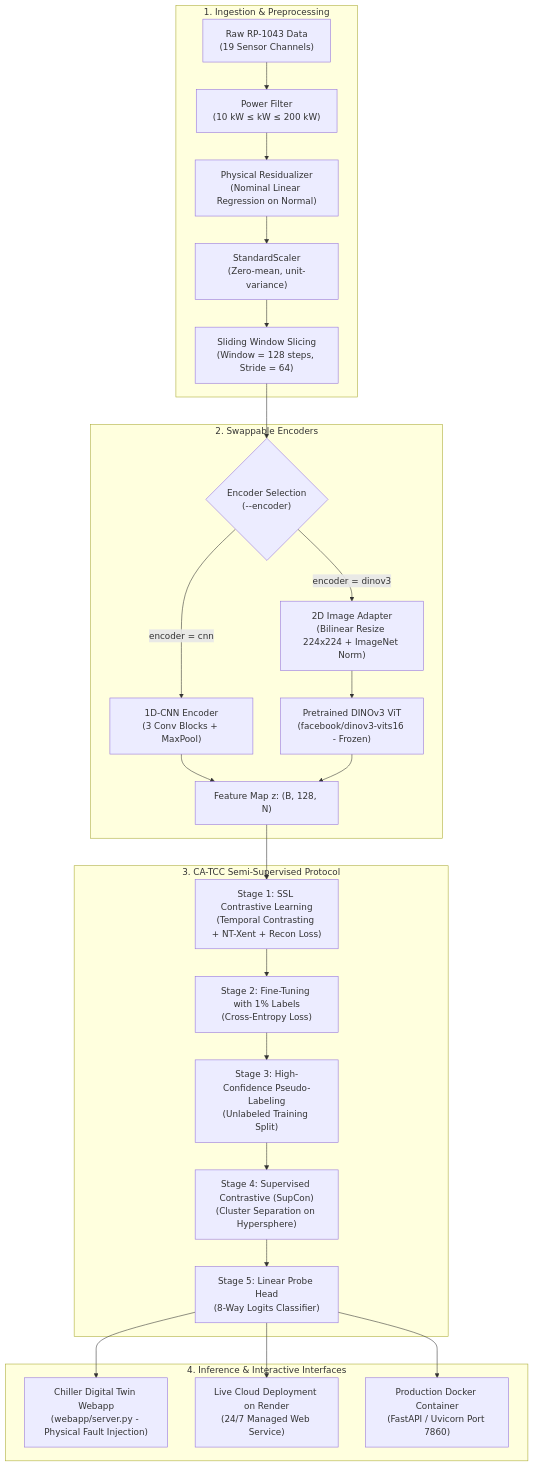
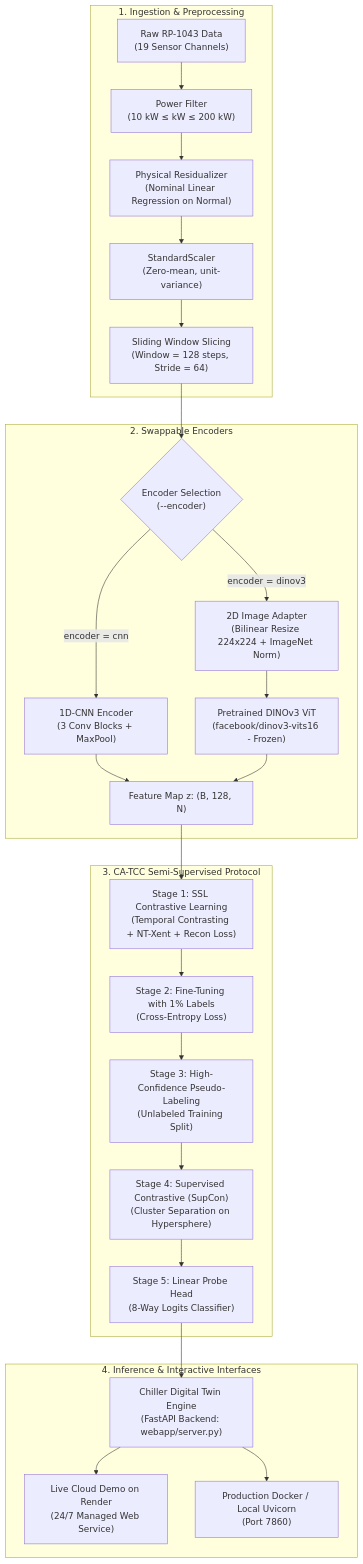
One commit to kizzzbk/Fault-detection-and-Severity-assessment-Platform-for-Chiller-Systems changed the diagram in README.md. Above: the diagram before and after it, drawn with Mermaid. The commit also changed other lines of this file, not shown here.

````diff
--- a/README.md
+++ b/README.md
@@ -77,32 +77,32 @@
 ```mermaid
 flowchart TD
     subgraph DataPipeline["1. Ingestion & Preprocessing"]
         A["Raw RP-1043 Data<br/>(19 Sensor Channels)"] --> B["Power Filter<br/>(10 kW ≤ kW ≤ 200 kW)"]
         B --> C["Physical Residualizer<br/>(Nominal Linear Regression on Normal)"]
         C --> D["StandardScaler<br/>(Zero-mean, unit-variance)"]
         D --> E["Sliding Window Slicing<br/>(Window = 128 steps, Stride = 64)"]
     end
 
     subgraph Encoders["2. Swappable Encoders"]
         E --> F{"Encoder Selection<br/>(--encoder)"}
         F -->|"encoder = cnn"| G["1D-CNN Encoder<br/>(3 Conv Blocks + MaxPool)"]
         F -->|"encoder = dinov3"| H["2D Image Adapter<br/>(Bilinear Resize 224x224 + ImageNet Norm)"]
         H --> I["Pretrained DINOv3 ViT<br/>(facebook/dinov3-vits16 - Frozen)"]
         G --> J["Feature Map z: (B, 128, N)"]
         I --> J
     end
 
     subgraph LearningPipeline["3. CA-TCC Semi-Supervised Protocol"]
         J --> K["Stage 1: SSL Contrastive Learning<br/>(Temporal Contrasting + NT-Xent + Recon Loss)"]
         K --> L["Stage 2: Fine-Tuning with 1% Labels<br/>(Cross-Entropy Loss)"]
         L --> M["Stage 3: High-Confidence Pseudo-Labeling<br/>(Unlabeled Training Split)"]
         M --> N["Stage 4: Supervised Contrastive (SupCon)<br/>(Cluster Separation on Hypersphere)"]
         N --> O["Stage 5: Linear Probe Head<br/>(8-Way Logits Classifier)"]
     end
 
     subgraph Deployment["4. Inference & Interactive Interfaces"]
-        O --> P["Chiller Digital Twin Webapp<br/>(webapp/server.py - Physical Fault Injection)"]
-        O --> Q["Live Cloud Deployment on Render<br/>(24/7 Managed Web Service)"]
-        O --> R["Production Docker Container<br/>(FastAPI / Uvicorn Port 7860)"]
+        O --> P["Chiller Digital Twin Engine<br/>(FastAPI Backend: webapp/server.py)"]
+        P --> Q["Live Cloud Demo on Render<br/>(24/7 Managed Web Service)"]
+        P --> R["Production Docker / Local Uvicorn<br/>(Port 7860)"]
     end
 ```
````
